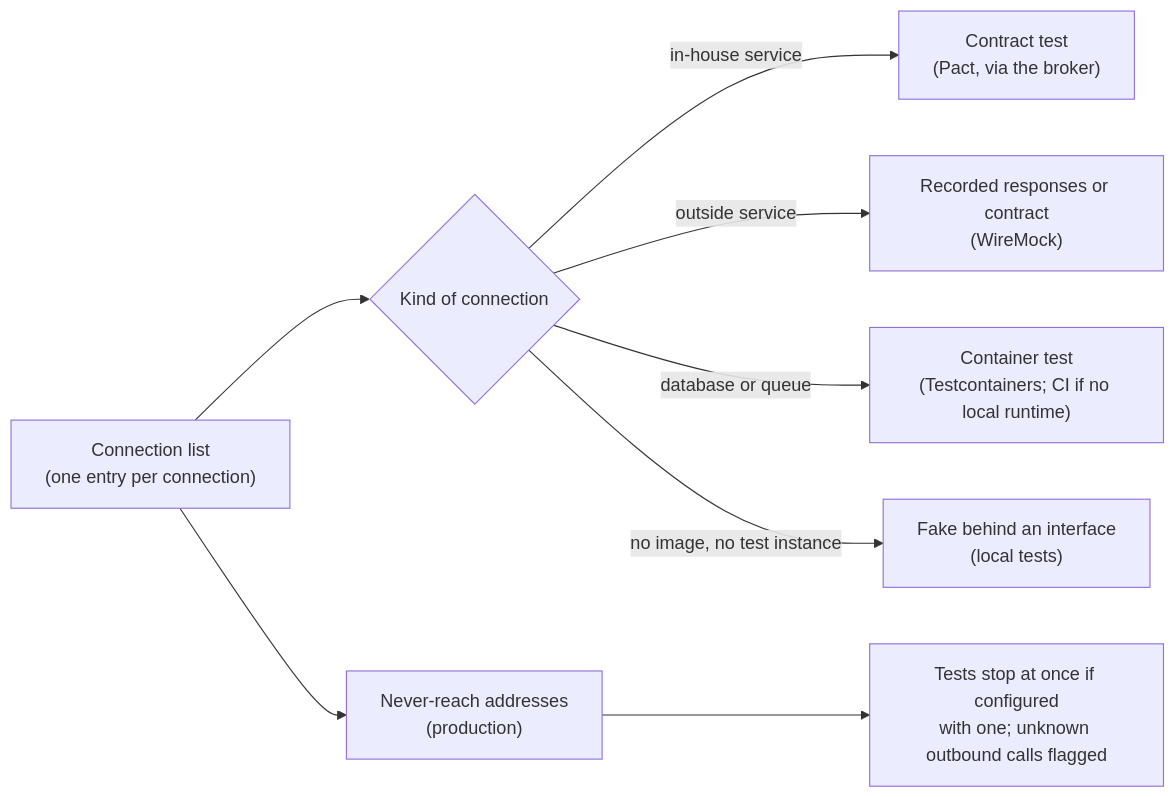
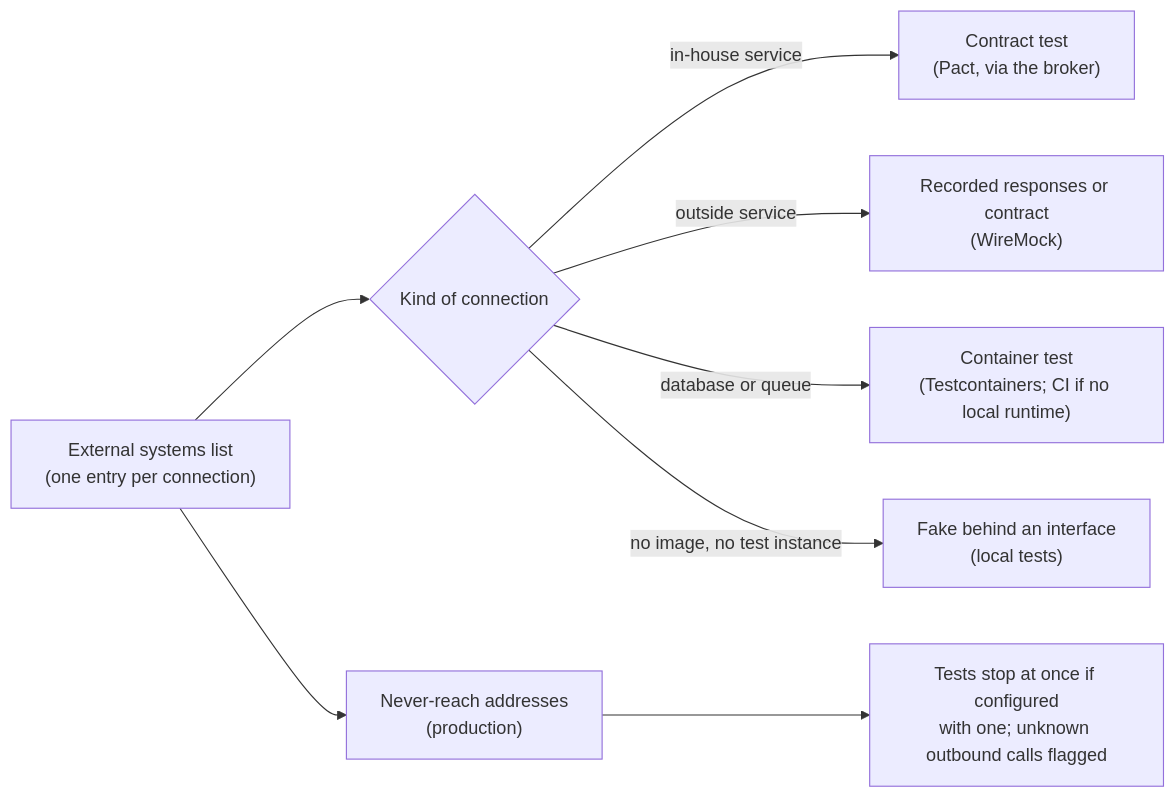
One commit to fiftiesHousewife/under-test changed the third of 4 diagrams in docs/design/repo-journey.md. Above: the diagram before and after it, drawn with Mermaid. The commit also changed other lines of this file and 195 other files, not shown here.

First line of the commit message:
"External system" replaces "connection": the external systems list, reach points, and each test's external_systems

````diff
--- a/docs/design/repo-journey.md
+++ b/docs/design/repo-journey.md
@@ -41,10 +41,10 @@
 ```mermaid
 flowchart LR
-    CL["Connection list<br/>(one entry per connection)"] --> K{"Kind of connection"}
+    CL["External systems list<br/>(one entry per connection)"] --> K{"Kind of connection"}
     K -->|in-house service| CT["Contract test<br/>(Pact, via the broker)"]
     K -->|outside service| RR["Recorded responses or contract<br/>(WireMock)"]
     K -->|database or queue| CO["Container test<br/>(Testcontainers; CI if no local runtime)"]
     K -->|no image, no test instance| FK["Fake behind an interface<br/>(local tests)"]
     CL --> NR["Never-reach addresses<br/>(production)"]
     NR --> STOP["Tests stop at once if configured<br/>with one; unknown outbound calls flagged"]
 ```
````
